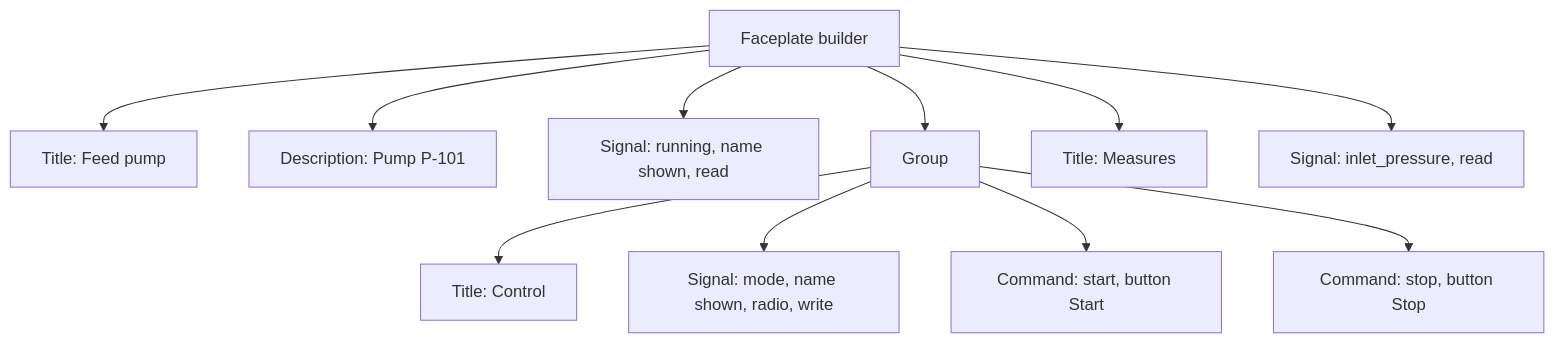
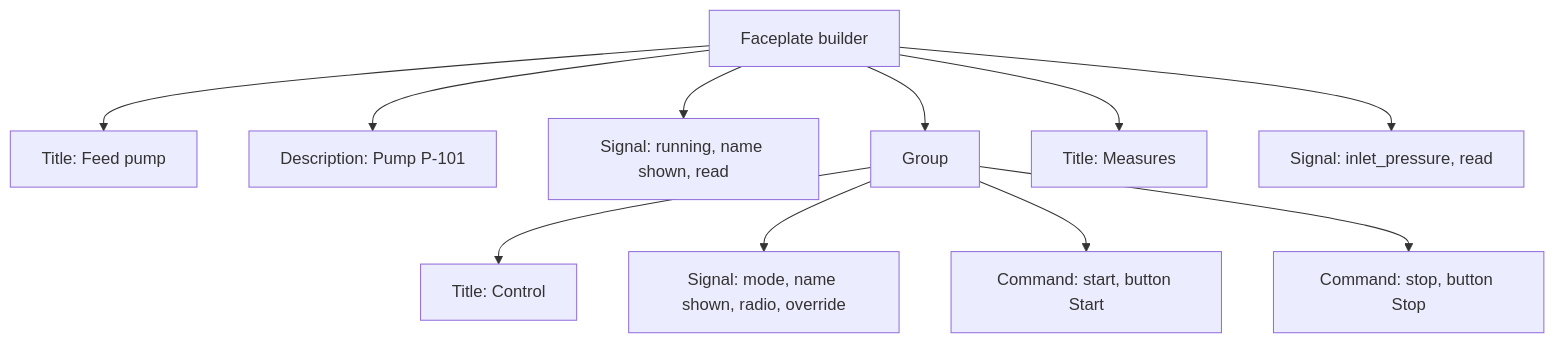
One commit to AlexandreGallais/synoptic-studio-spec changed the fourth of 6 diagrams in metadata/09-presets.md. Above: the diagram before and after it, drawn with Mermaid. The commit also changed other lines of this file and 8 other files, not shown here.

````diff
--- a/metadata/09-presets.md
+++ b/metadata/09-presets.md
@@ -104,13 +125,13 @@
 ```mermaid
 flowchart TD
     FP["Faceplate builder"] --> T["Title: Feed pump"]
     FP --> D["Description: Pump P-101"]
     FP --> E1["Signal: running, name shown, read"]
     FP --> G["Group"]
     G --> GT["Title: Control"]
-    G --> E2["Signal: mode, name shown, radio, write"]
+    G --> E2["Signal: mode, name shown, radio, override"]
     G --> E3["Command: start, button Start"]
     G --> E4["Command: stop, button Stop"]
     FP --> E5["Title: Measures"]
     FP --> E6["Signal: inlet_pressure, read"]
 ```
````
